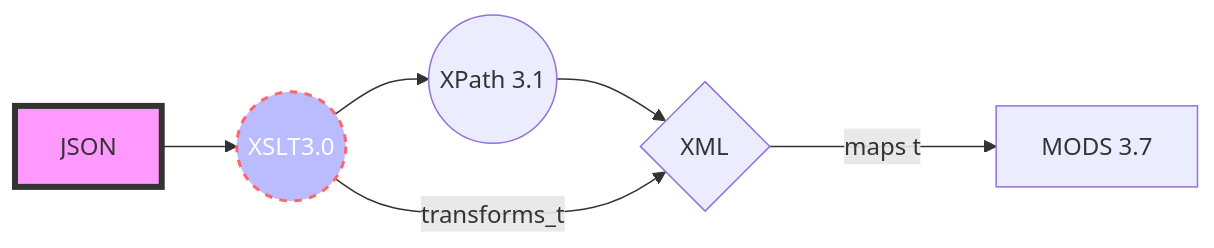
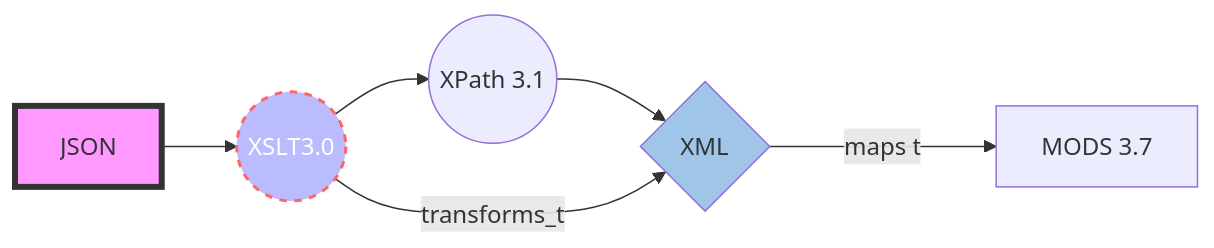
Before and after one commit to CarlosMartinez-USDA/json-to-xml: the second of 4 diagrams in README.md, drawn with Mermaid. The commit also changed other lines of this file, not shown here.

````diff
--- a/README.md
+++ b/README.md
@@ -22,9 +22,10 @@
 ```mermaid
 graph LR
 A[JSON] --> B((XSLT3.0))
 B-->B.1((XPath 3.1))-->C
 B --transforms_to--> C{XML}
 C --maps to--> D[MODS 3.7]
 style A fill:#f9f,stroke:#333,stroke-width:4px 
 style B fill:#bbf,stroke:#f66,stroke-width:2px,color:#fff,stroke-dasharray: 5 5
+style C fill:#9fc5e8
 ```
````
